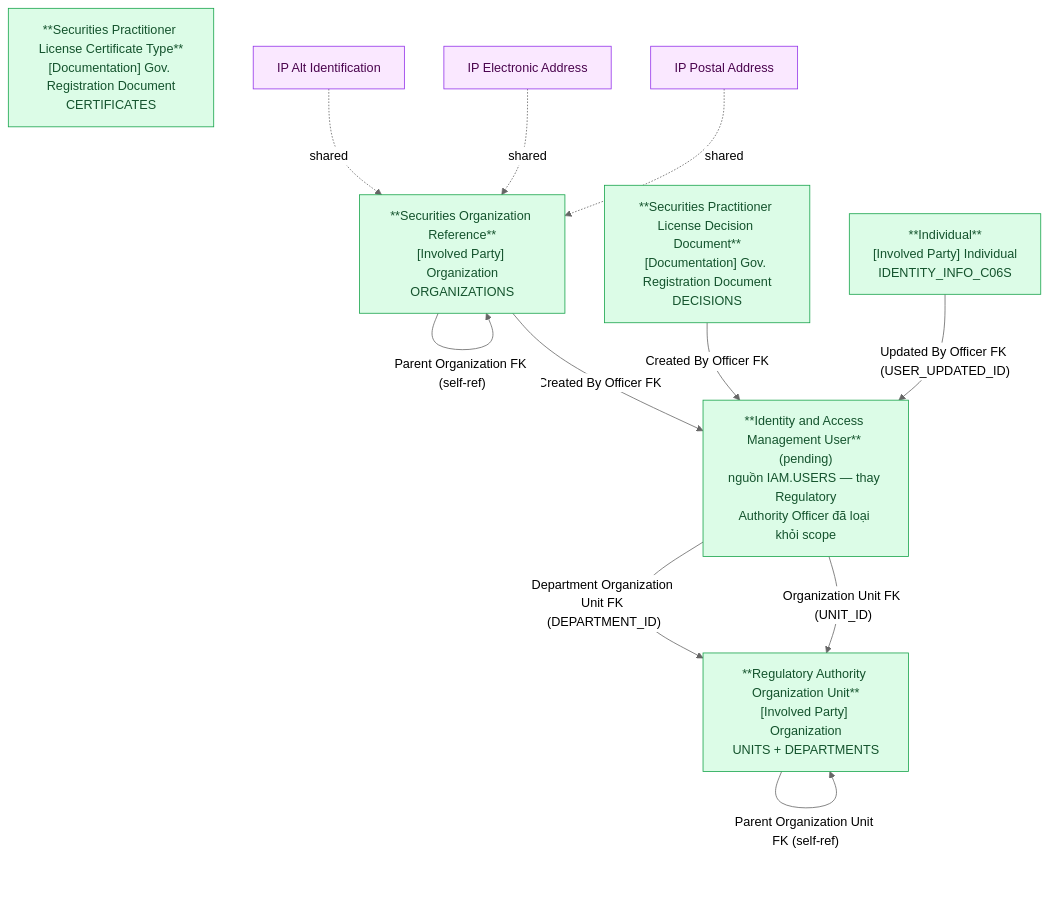
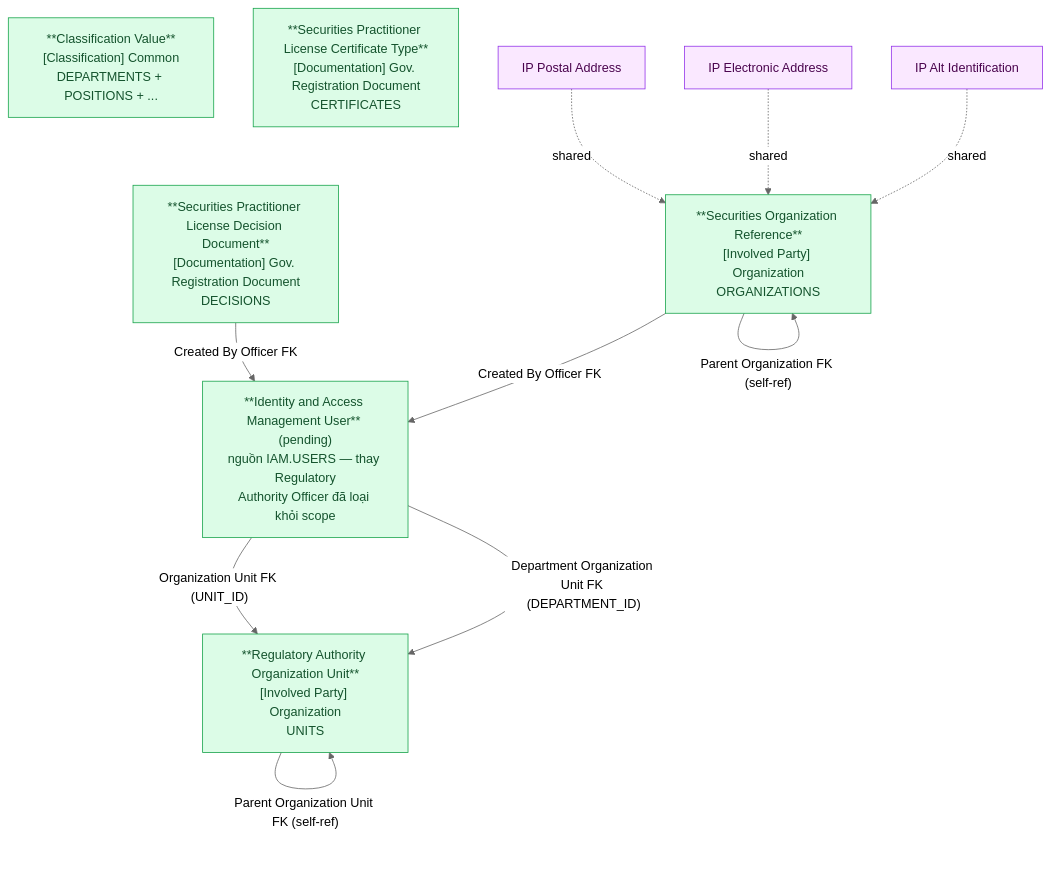
Before and after one commit to linhlvit/ubck_atomic_design: the second of 2 diagrams in DataModel/working/Atomic/hld/NHNCK_HLD_Tier1.md, drawn with Mermaid (neutral theme). The commit also changed other lines of this file and 102 other files, not shown here.

````diff
--- a/DataModel/working/Atomic/hld/NHNCK_HLD_Tier1.md
+++ b/DataModel/working/Atomic/hld/NHNCK_HLD_Tier1.md
@@ -57,26 +54,25 @@
 ```mermaid
 graph TD
     classDef atomic fill:#dcfce7,stroke:#16a34a,color:#14532d
     classDef shared fill:#fae8ff,stroke:#9333ea,color:#4a044e
 
-    ORGUNIT["**Regulatory Authority Organization Unit**\n[Involved Party] Organization\nUNITS + DEPARTMENTS"]:::atomic
+    ORGUNIT["**Regulatory Authority Organization Unit**\n[Involved Party] Organization\nUNITS"]:::atomic
+    CLVALUE["**Classification Value**\n[Classification] Common\nDEPARTMENTS + POSITIONS + ..."]:::atomic
     SECORG["**Securities Organization Reference**\n[Involved Party] Organization\nORGANIZATIONS"]:::atomic
     DECISION["**Securities Practitioner License Decision Document**\n[Documentation] Gov. Registration Document\nDECISIONS"]:::atomic
     OFFICER["**Identity and Access Management User** (pending)\nnguồn IAM.USERS — thay Regulatory\nAuthority Officer đã loại khỏi scope"]:::atomic
     CERTTYPE["**Securities Practitioner License Certificate Type**\n[Documentation] Gov. Registration Document\nCERTIFICATES"]:::atomic
-    INDIVIDUAL["**Individual**\n[Involved Party] Individual\nIDENTITY_INFO_C06S"]:::atomic
     ADDR["IP Postal Address"]:::shared
     EADDR["IP Electronic Address"]:::shared
     ALTID["IP Alt Identification"]:::shared
 
     ORGUNIT -->|"Parent Organization Unit FK (self-ref)"| ORGUNIT
     OFFICER -->|"Organization Unit FK (UNIT_ID)"| ORGUNIT
     OFFICER -->|"Department Organization Unit FK (DEPARTMENT_ID)"| ORGUNIT
     DECISION -->|"Created By Officer FK"| OFFICER
     SECORG -->|"Created By Officer FK"| OFFICER
     SECORG -->|"Parent Organization FK (self-ref)"| SECORG
     ADDR -.->|"shared"| SECORG
     EADDR -.->|"shared"| SECORG
     ALTID -.->|"shared"| SECORG
-    INDIVIDUAL -->|"Updated By Officer FK (USER_UPDATED_ID)"| OFFICER
 ```
````
